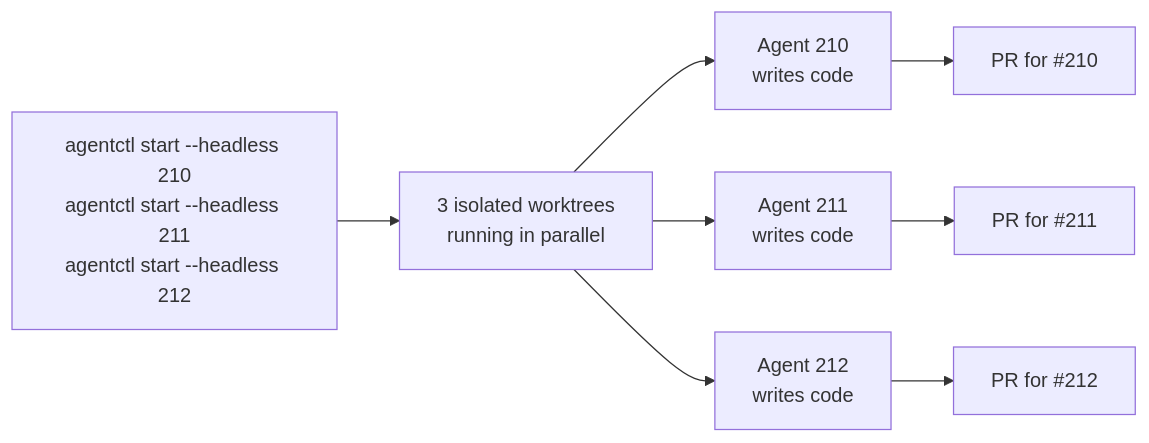
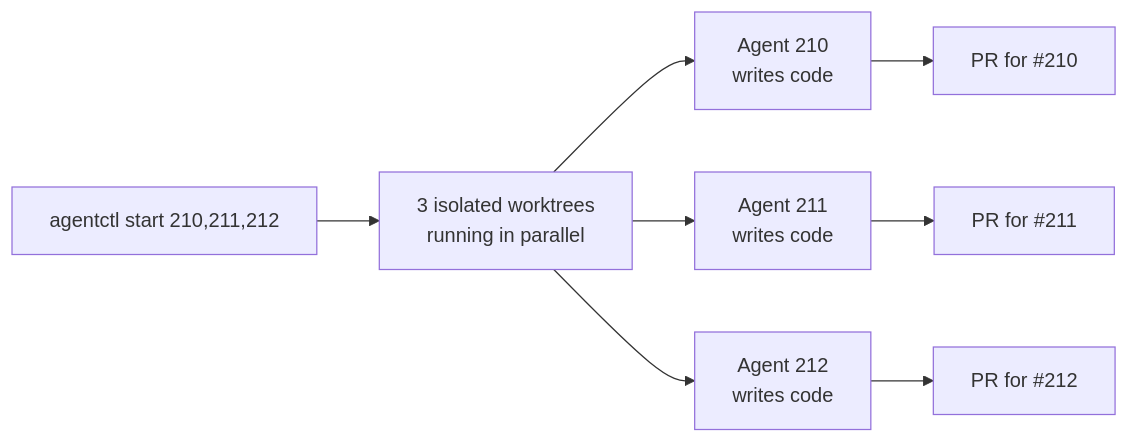
The fifth of 6 diagrams in docs/articles/introducing-agentctl.md (arun-gupta/agentctl), drawn with Mermaid before and after one commit. The commit also changed other lines of this file, not shown here.

First line of the commit message:
docs: add links to coding agents in introducing-agentctl article (#164)

````diff
--- a/docs/articles/introducing-agentctl.md
+++ b/docs/articles/introducing-agentctl.md
@@ -113,10 +170,10 @@
 ```mermaid
 flowchart LR
-    A["agentctl start --headless 210\nagentctl start --headless 211\nagentctl start --headless 212"] --> B[3 isolated worktrees\nrunning in parallel]
+    A["agentctl start 210,211,212"] --> B[3 isolated worktrees\nrunning in parallel]
     B --> C[Agent 210\nwrites code]
     B --> D[Agent 211\nwrites code]
     B --> E[Agent 212\nwrites code]
     C --> F[PR for #210]
     D --> G[PR for #211]
     E --> H[PR for #212]
 ```
````
